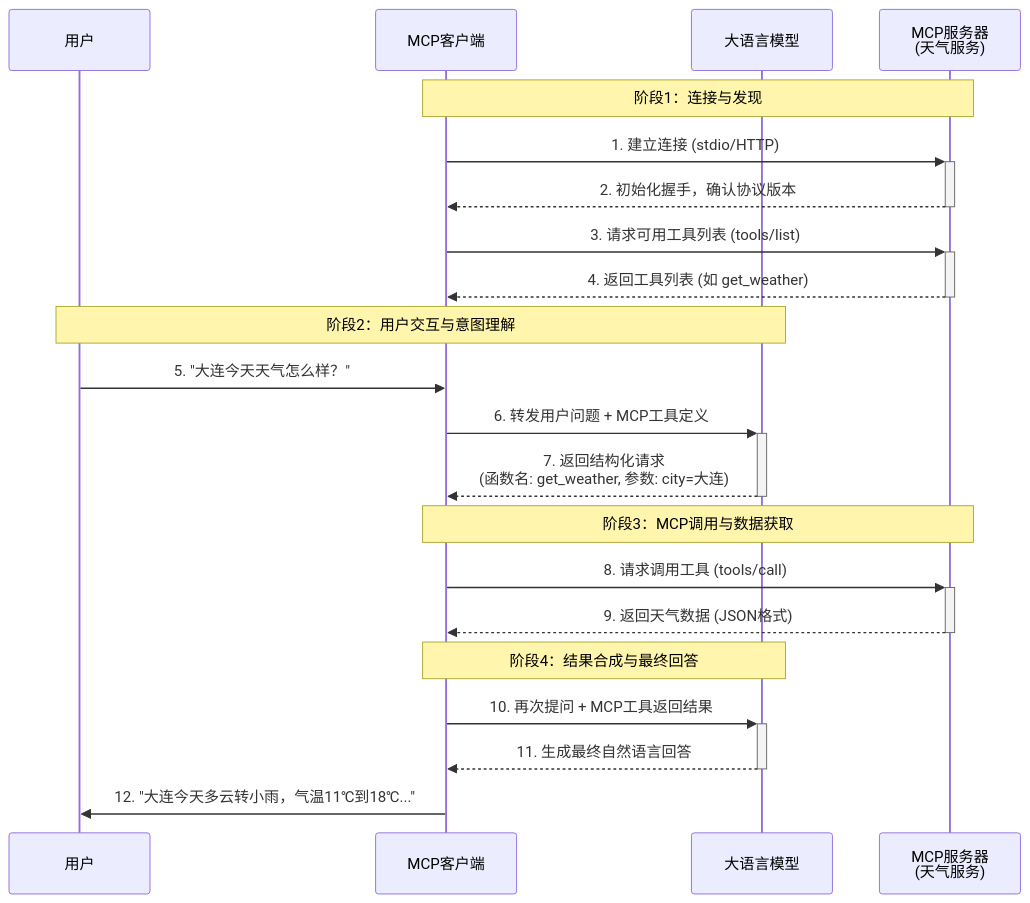
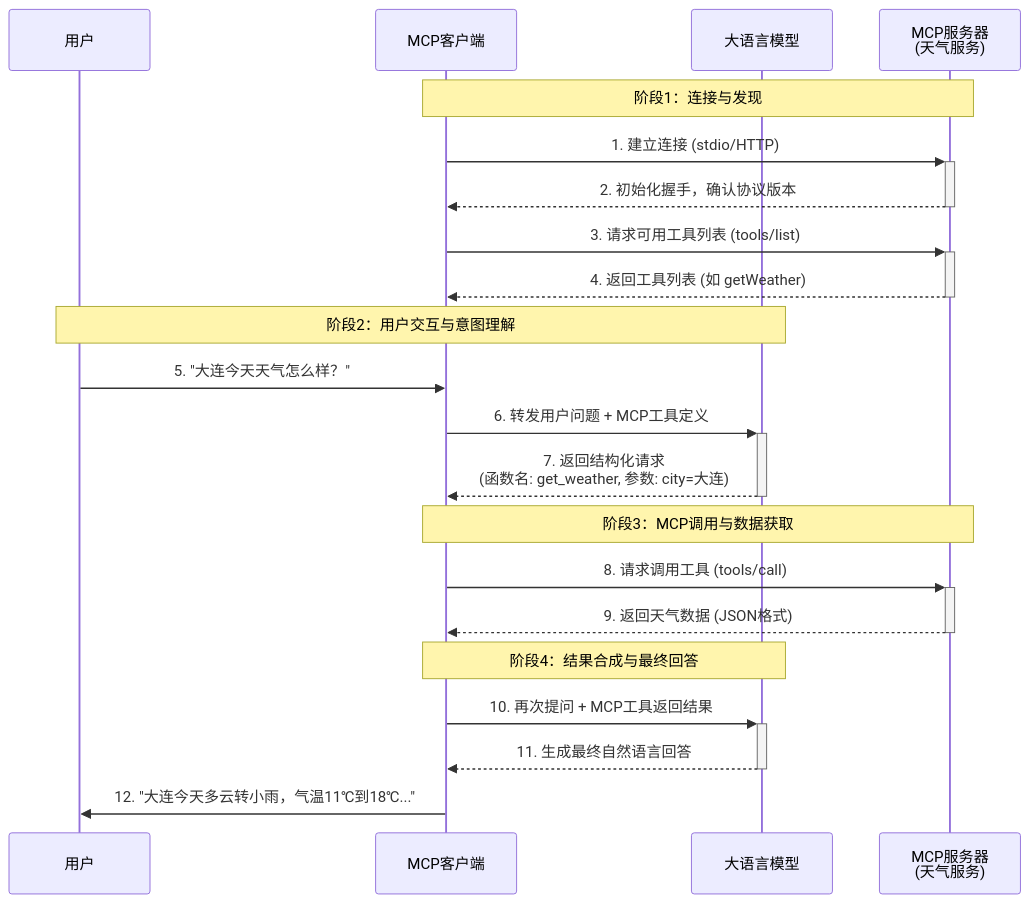
Before and after one commit to xzh-net/spring-boot3-demo: the diagram in spring-ai-mcp-server/README.md, drawn with Mermaid. The commit also changed other lines of this file and 6 other files, not shown here.

````diff
--- a/spring-ai-mcp-server/README.md
+++ b/spring-ai-mcp-server/README.md
@@ -13,27 +13,27 @@
 ```mermaid
 sequenceDiagram
     participant User as 用户
     participant Client as MCP客户端
     participant LLM as 大语言模型
     participant MCPServer as MCP服务器<br>(天气服务)
 
     Note over Client,MCPServer: 阶段1：连接与发现
     Client->>+MCPServer: 1. 建立连接 (stdio/HTTP)
     MCPServer-->>-Client: 2. 初始化握手，确认协议版本
     Client->>+MCPServer: 3. 请求可用工具列表 (tools/list)
-    MCPServer-->>-Client: 4. 返回工具列表 (如 get_weather)
+    MCPServer-->>-Client: 4. 返回工具列表 (如 getWeather)
 
     Note over User,LLM: 阶段2：用户交互与意图理解
     User->>Client: 5. "大连今天天气怎么样？"
     Client->>+LLM: 6. 转发用户问题 + MCP工具定义
     LLM-->>-Client: 7. 返回结构化请求<br>(函数名: get_weather, 参数: city=大连)
 
     Note over Client,MCPServer: 阶段3：MCP调用与数据获取
     Client->>+MCPServer: 8. 请求调用工具 (tools/call)
     MCPServer-->>-Client: 9. 返回天气数据 (JSON格式)
 
     Note over Client,LLM: 阶段4：结果合成与最终回答
     Client->>+LLM: 10. 再次提问 + MCP工具返回结果
     LLM-->>-Client: 11. 生成最终自然语言回答
     Client->>User: 12. "大连今天多云转小雨，气温11℃到18℃..."
 ```
````
